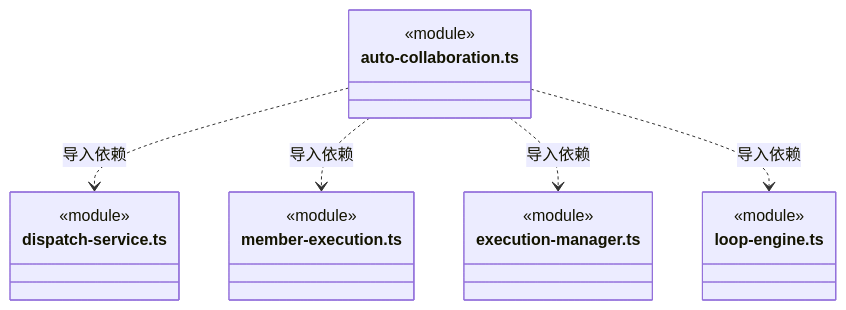
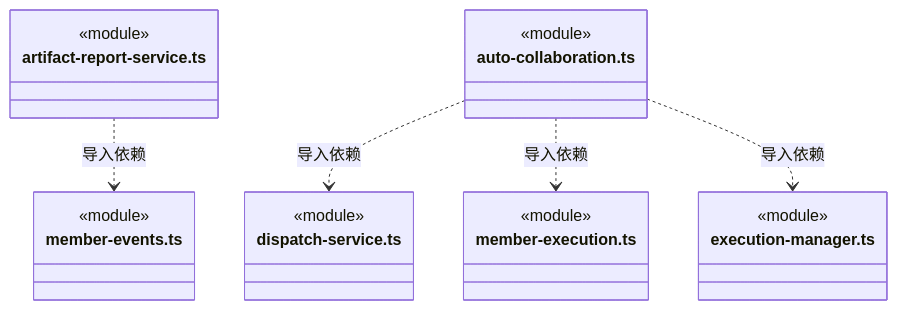
Before and after one commit to nan023062/cbim: diagram 39 of 52 in src/backend/scheduler-engine/execution/ARCHITECTURE.md, drawn with Mermaid. The commit also changed other lines of this file and 56 other files, not shown here.

````diff
--- a/src/backend/scheduler-engine/execution/ARCHITECTURE.md
+++ b/src/backend/scheduler-engine/execution/ARCHITECTURE.md
@@ -1041,22 +1073,25 @@
 ```mermaid
 classDiagram
+class N_src_backend_scheduler_engine_execution_artifact_report_service_ts["artifact-report-service.ts"] {
+  <<module>>
+}
+class N_src_backend_scheduler_engine_execution_member_events_ts["member-events.ts"] {
+  <<module>>
+}
 class N_src_backend_scheduler_engine_execution_auto_collaboration_ts["auto-collaboration.ts"] {
   <<module>>
 }
 class N_src_backend_scheduler_engine_execution_dispatch_service_ts["dispatch-service.ts"] {
   <<module>>
 }
 class N_src_backend_scheduler_engine_execution_member_execution_ts["member-execution.ts"] {
   <<module>>
 }
 class N_src_backend_scheduler_engine_execution_execution_manager_ts["execution-manager.ts"] {
   <<module>>
 }
-class N_src_backend_scheduler_engine_execution_loop_engine_ts["loop-engine.ts"] {
-  <<module>>
-}
+N_src_backend_scheduler_engine_execution_artifact_report_service_ts ..> N_src_backend_scheduler_engine_execution_member_events_ts : 导入依赖
 N_src_backend_scheduler_engine_execution_auto_collaboration_ts ..> N_src_backend_scheduler_engine_execution_dispatch_service_ts : 导入依赖
 N_src_backend_scheduler_engine_execution_auto_collaboration_ts ..> N_src_backend_scheduler_engine_execution_member_execution_ts : 导入依赖
 N_src_backend_scheduler_engine_execution_auto_collaboration_ts ..> N_src_backend_scheduler_engine_execution_execution_manager_ts : 导入依赖
-N_src_backend_scheduler_engine_execution_auto_collaboration_ts ..> N_src_backend_scheduler_engine_execution_loop_engine_ts : 导入依赖
 ```
````
